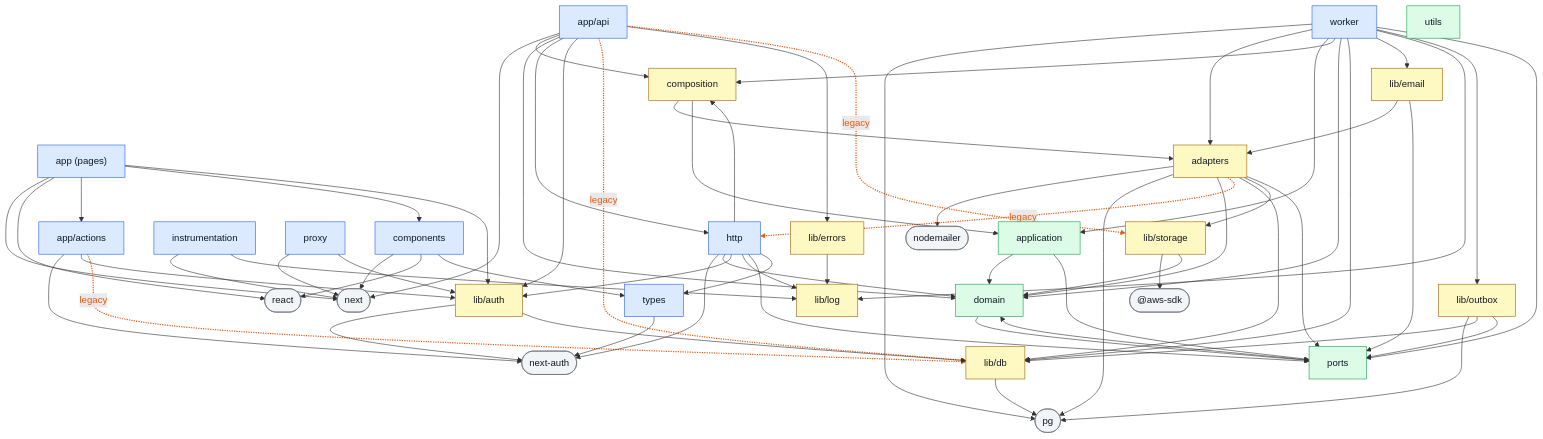
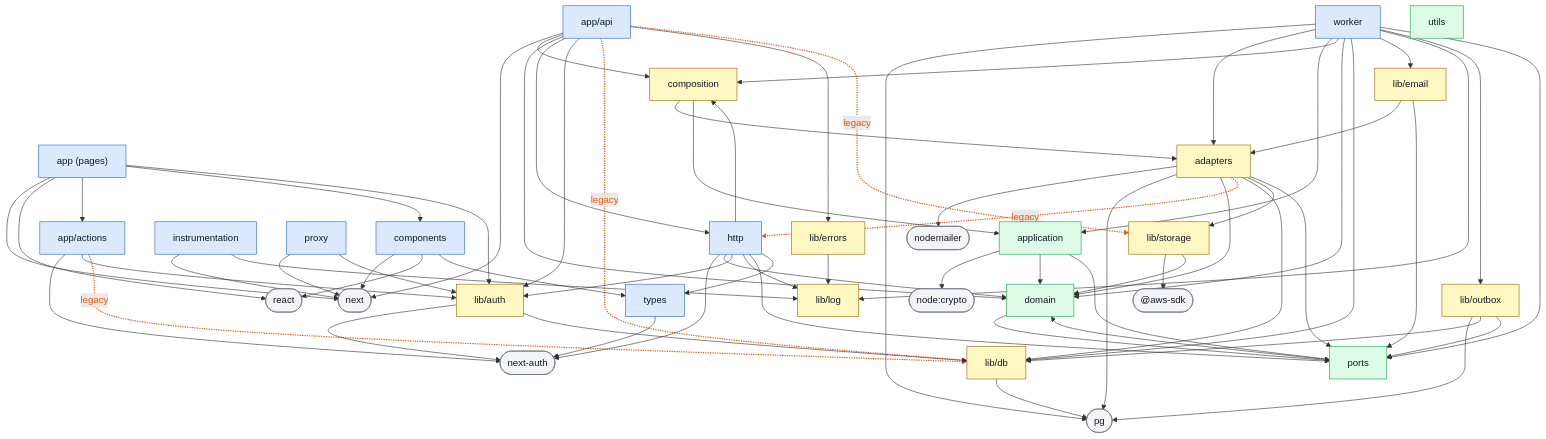
Before and after one commit to 2-MORGAN/expense-io: the diagram in docs/architecture/layers.mmd, drawn with Mermaid. The commit also changed 10 other files, not shown here.

First line of the commit message:
fix(architecture): garde en ouverture du handler, cœur pur et code conforme à SonarJS

```diff
--- a/docs/architecture/layers.mmd
+++ b/docs/architecture/layers.mmd
@@ -1,104 +1,106 @@
 flowchart TB
   %% Généré par npm run generate:architecture (scripts/architecture) : ne pas modifier à la main.
   m_app["app (pages)"]
   m_app_2f_actions["app/actions"]
   m_app_2f_api["app/api"]
   m_components["components"]
   m_http["http"]
   m_instrumentation["instrumentation"]
   m_proxy["proxy"]
   m_types["types"]
   m_worker["worker"]
   m_application["application"]
   m_domain["domain"]
   m_ports["ports"]
   m_utils["utils"]
   m_adapters["adapters"]
   m_composition["composition"]
   m_lib_2f_auth["lib/auth"]
   m_lib_2f_db["lib/db"]
   m_lib_2f_email["lib/email"]
   m_lib_2f_errors["lib/errors"]
   m_lib_2f_log["lib/log"]
   m_lib_2f_outbox["lib/outbox"]
   m_lib_2f_storage["lib/storage"]
   p__40_aws_2d_sdk(["@aws-sdk"])
   p_next(["next"])
   p_next_2d_auth(["next-auth"])
+  p_node_3a_crypto(["node:crypto"])
   p_nodemailer(["nodemailer"])
   p_pg(["pg"])
   p_react(["react"])
   m_adapters --> p_nodemailer
   m_adapters --> p_pg
   m_adapters --> m_domain
   m_adapters -.->|"legacy"| m_http
   m_adapters --> m_lib_2f_db
   m_adapters --> m_lib_2f_storage
   m_adapters --> m_ports
   m_app --> p_next
   m_app --> p_react
   m_app --> m_app_2f_actions
   m_app --> m_components
   m_app --> m_lib_2f_auth
   m_app_2f_actions --> p_next_2d_auth
   m_app_2f_actions --> m_lib_2f_auth
   m_app_2f_actions -.->|"legacy"| m_lib_2f_db
   m_app_2f_api --> p_next
   m_app_2f_api --> m_composition
   m_app_2f_api --> m_domain
   m_app_2f_api --> m_http
   m_app_2f_api --> m_lib_2f_auth
   m_app_2f_api -.->|"legacy"| m_lib_2f_db
   m_app_2f_api --> m_lib_2f_errors
   m_app_2f_api -.->|"legacy"| m_lib_2f_storage
+  m_application --> p_node_3a_crypto
   m_application --> m_domain
   m_application --> m_ports
   m_components --> p_next
   m_components --> p_react
   m_components --> m_types
   m_composition --> m_adapters
   m_composition --> m_application
   m_domain --> m_ports
   m_http --> p_next_2d_auth
   m_http --> m_composition
   m_http --> m_domain
   m_http --> m_lib_2f_auth
   m_http --> m_lib_2f_log
   m_http --> m_ports
   m_http --> m_types
   m_instrumentation --> p_next
   m_instrumentation --> m_lib_2f_log
   m_lib_2f_auth --> p_next_2d_auth
   m_lib_2f_auth --> m_lib_2f_db
   m_lib_2f_db --> p_pg
   m_lib_2f_email --> m_adapters
   m_lib_2f_email --> m_ports
   m_lib_2f_errors --> m_lib_2f_log
   m_lib_2f_outbox --> p_pg
   m_lib_2f_outbox --> m_lib_2f_db
   m_lib_2f_outbox --> m_ports
   m_lib_2f_storage --> p__40_aws_2d_sdk
   m_lib_2f_storage --> m_domain
   m_ports --> m_domain
   m_proxy --> p_next
   m_proxy --> m_lib_2f_auth
   m_types --> p_next_2d_auth
   m_worker --> p_pg
   m_worker --> m_adapters
   m_worker --> m_application
   m_worker --> m_composition
   m_worker --> m_domain
   m_worker --> m_lib_2f_db
   m_worker --> m_lib_2f_email
   m_worker --> m_lib_2f_log
   m_worker --> m_lib_2f_outbox
   m_worker --> m_ports
   linkStyle 3,14,20,22 stroke:#ea580c,stroke-width:2px,color:#ea580c
   classDef entrees fill:#dbeafe,stroke:#2563eb,color:#111827
   class m_app,m_app_2f_actions,m_app_2f_api,m_components,m_http,m_instrumentation,m_proxy,m_types,m_worker entrees
   classDef coeur fill:#dcfce7,stroke:#16a34a,color:#111827
   class m_application,m_domain,m_ports,m_utils coeur
   classDef infra fill:#fef9c3,stroke:#a16207,color:#111827
   class m_adapters,m_composition,m_lib_2f_auth,m_lib_2f_db,m_lib_2f_email,m_lib_2f_errors,m_lib_2f_log,m_lib_2f_outbox,m_lib_2f_storage infra
   classDef paquet fill:#f3f4f6,stroke:#6b7280,color:#111827
-  class p__40_aws_2d_sdk,p_next,p_next_2d_auth,p_nodemailer,p_pg,p_react paquet
+  class p__40_aws_2d_sdk,p_next,p_next_2d_auth,p_node_3a_crypto,p_nodemailer,p_pg,p_react paquet
```
